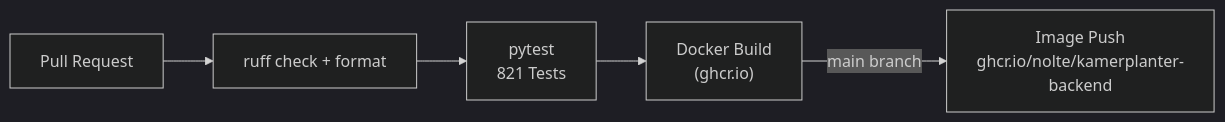
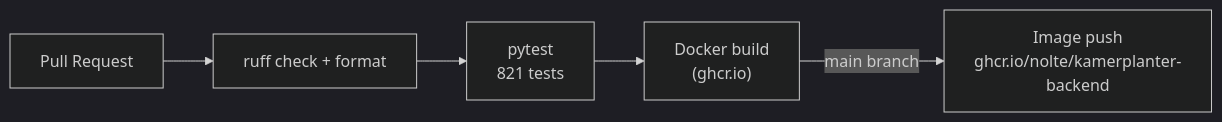
One commit to nolte/kamerplanter changed the second of 4 diagrams in docs/de/architecture/infrastructure.md. Above: the diagram before and after it, drawn with Mermaid (dark theme). The commit also changed other lines of this file and 44 other files, not shown here.

First line of the commit message:
docs: make all Mermaid diagrams spec-compliant (repo-wide sweep)

````diff
--- a/docs/de/architecture/infrastructure.md
+++ b/docs/de/architecture/infrastructure.md
@@ -250,7 +252,7 @@
 ```mermaid
-graph LR
+flowchart LR
     PR["Pull Request"] --> LINT["ruff check + format"]
-    LINT --> TEST["pytest\n821 Tests"]
-    TEST --> BUILD["Docker Build\n(ghcr.io)"]
-    BUILD -->|"main branch"| PUSH["Image Push\nghcr.io/nolte/kamerplanter-backend"]
+    LINT --> TEST["pytest<br/>821 tests"]
+    TEST --> BUILD["Docker build<br/>(ghcr.io)"]
+    BUILD -->|"main branch"| PUSH["Image push<br/>ghcr.io/nolte/kamerplanter-backend"]
 ```
````
